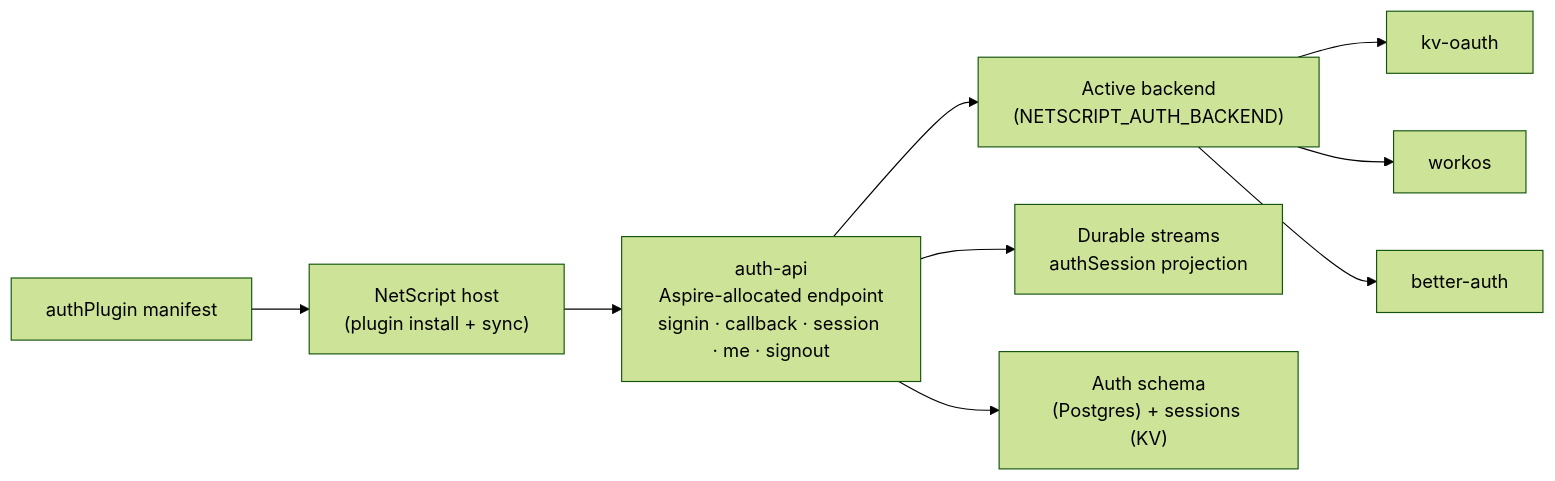
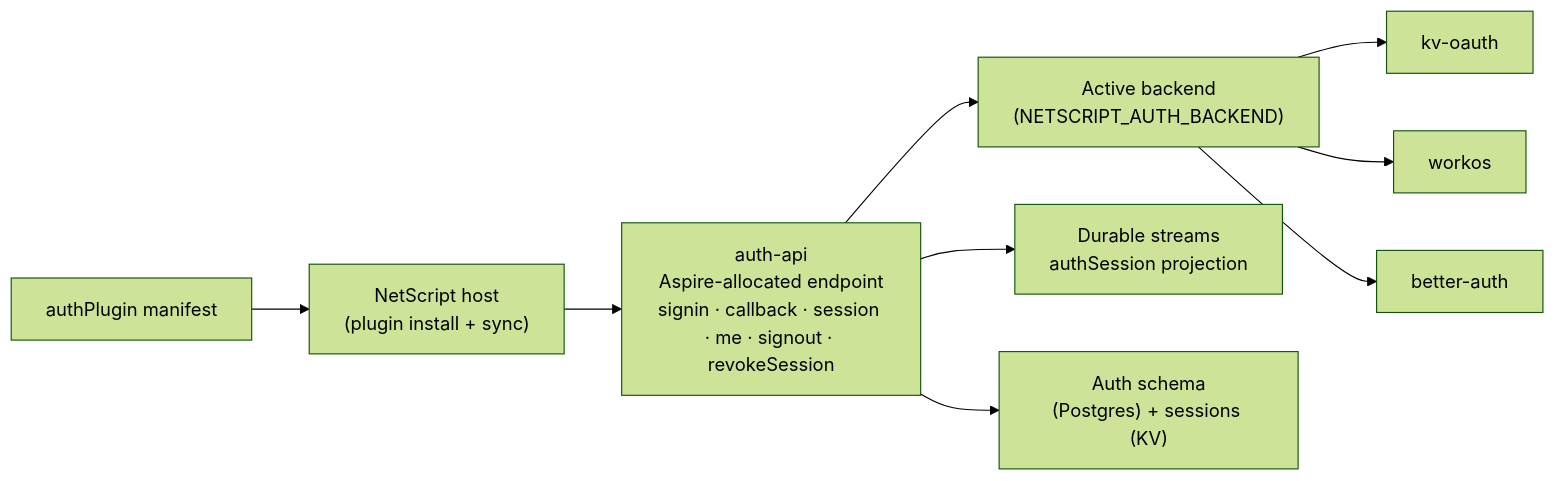
The diagram in plugins/auth/README.md (rickylabs/netscript), drawn with Mermaid (forest theme) before and after one commit. The commit also changed other lines of this file and 11 other files, not shown here.

First line of the commit message:
docs(auth): document signout ownership, global logout and operator revocation (#1384)

````diff
--- a/plugins/auth/README.md
+++ b/plugins/auth/README.md
@@ -41,11 +41,11 @@
 ```mermaid
 flowchart LR
     M["authPlugin manifest"] --> H["NetScript host<br/>(plugin install + sync)"]
-    H --> A["auth-api<br/>Aspire-allocated endpoint<br/>signin · callback · session · me · signout"]
+    H --> A["auth-api<br/>Aspire-allocated endpoint<br/>signin · callback · session · me · signout · revokeSession"]
     A --> B["Active backend<br/>(NETSCRIPT_AUTH_BACKEND)"]
     B --> K["kv-oauth"]
     B --> W["workos"]
     B --> BA["better-auth"]
     A --> S["Durable streams<br/>authSession projection"]
     A --> D["Auth schema<br/>(Postgres) + sessions (KV)"]
 ```
````
